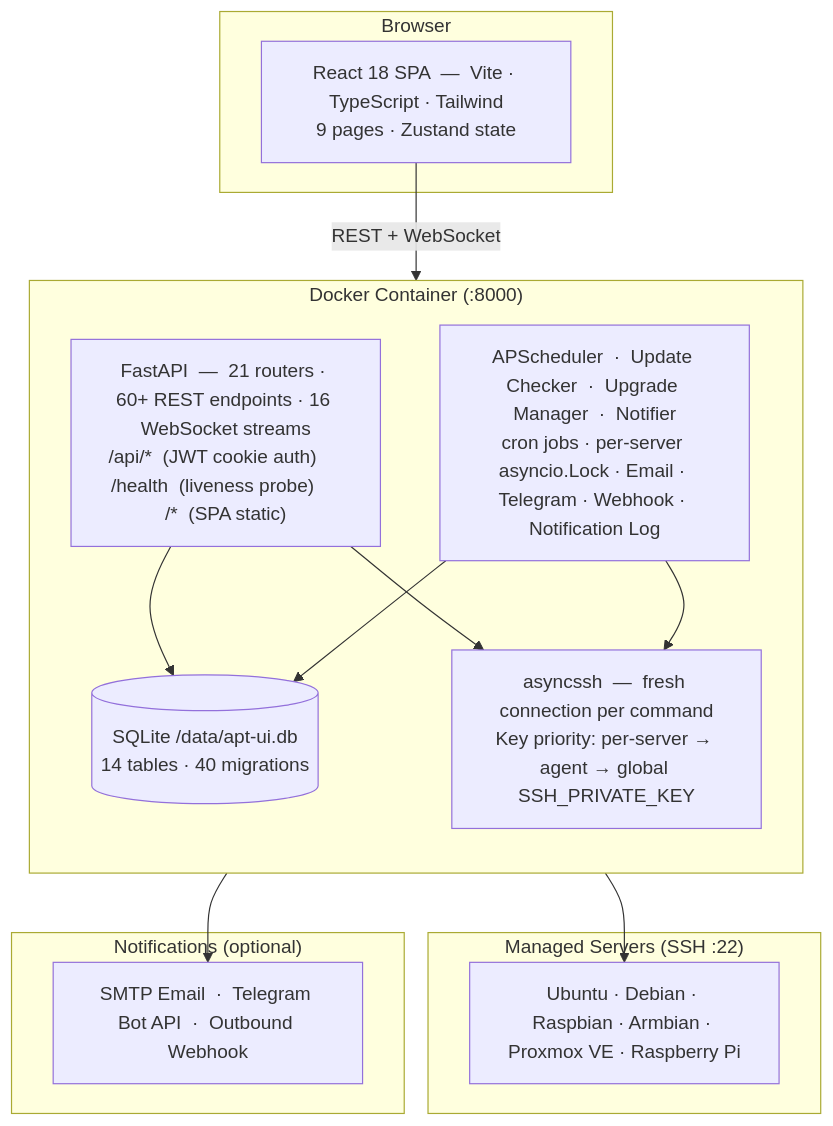
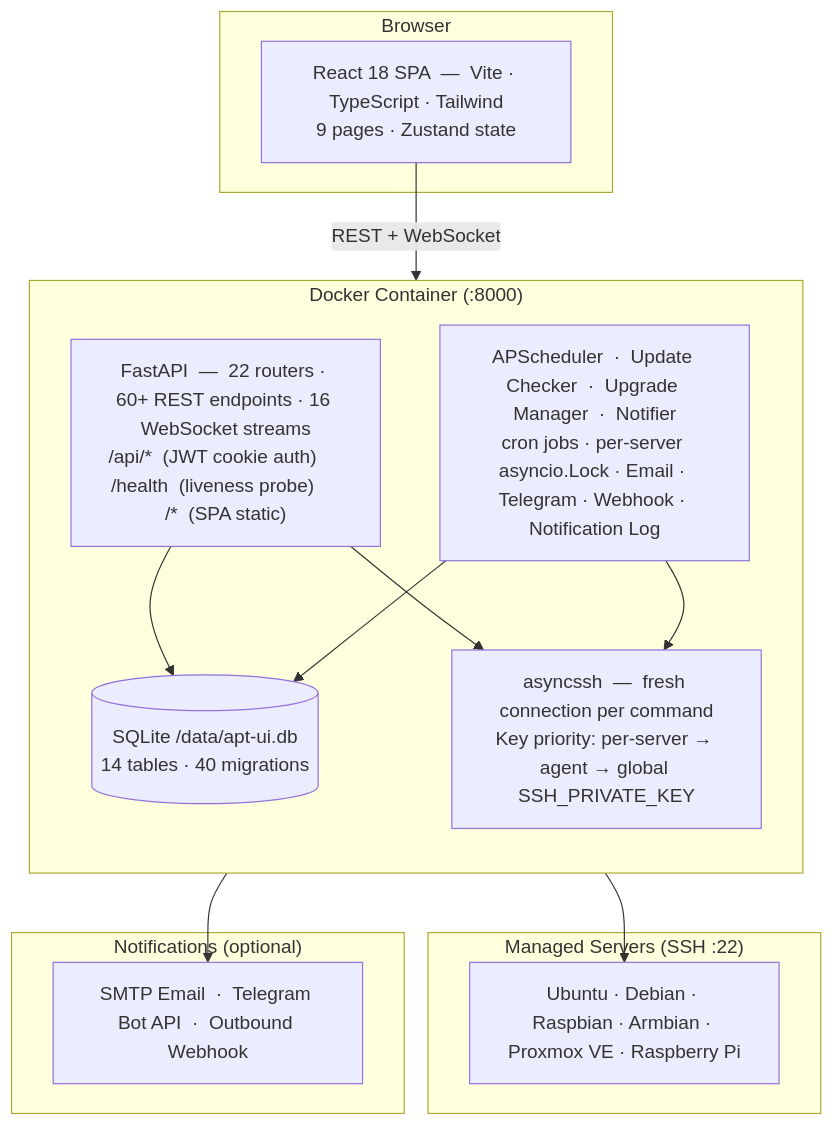
One commit to mzac/apt-ui changed the diagram in README.md. Above: the diagram before and after it, drawn with Mermaid. The commit also changed other lines of this file and 3 other files, not shown here.

````diff
--- a/README.md
+++ b/README.md
@@ -327,30 +330,30 @@
 ```mermaid
 graph TB
     subgraph browser["Browser"]
         SPA["React 18 SPA  —  Vite · TypeScript · Tailwind\n9 pages · Zustand state"]
     end
 
     subgraph container["Docker Container  (:8000)"]
         direction TB
-        API["FastAPI  —  21 routers · 60+ REST endpoints · 16 WebSocket streams\n/api/*  (JWT cookie auth)     /health  (liveness probe)     /*  (SPA static)"]
+        API["FastAPI  —  22 routers · 60+ REST endpoints · 16 WebSocket streams\n/api/*  (JWT cookie auth)     /health  (liveness probe)     /*  (SPA static)"]
         BG["APScheduler  ·  Update Checker  ·  Upgrade Manager  ·  Notifier\ncron jobs · per-server asyncio.Lock · Email · Telegram · Webhook · Notification Log"]
         DB[("SQLite  /data/apt-ui.db\n14 tables · 40 migrations")]
         SSH["asyncssh  —  fresh connection per command\nKey priority: per-server → agent → global SSH_PRIVATE_KEY"]
     end
 
     subgraph servers["Managed Servers  (SSH :22)"]
         S["Ubuntu · Debian · Raspbian · Armbian · Proxmox VE · Raspberry Pi"]
     end
 
     subgraph notif["Notifications  (optional)"]
         N["SMTP Email  ·  Telegram Bot API  ·  Outbound Webhook"]
     end
 
     SPA -- "REST + WebSocket" --> API
     API --> DB
     API --> SSH
     BG --> DB
     BG --> SSH
     BG --> N
     SSH --> S
 ```
````
